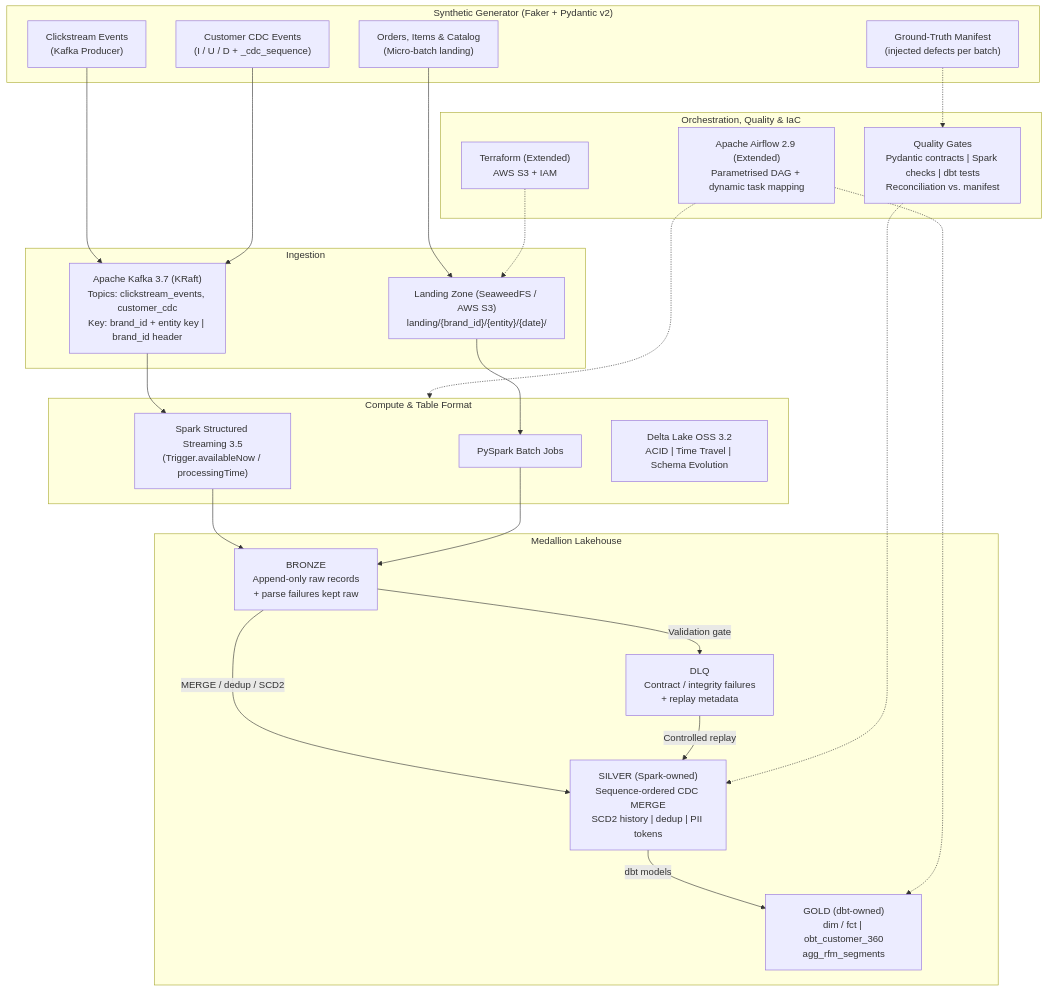
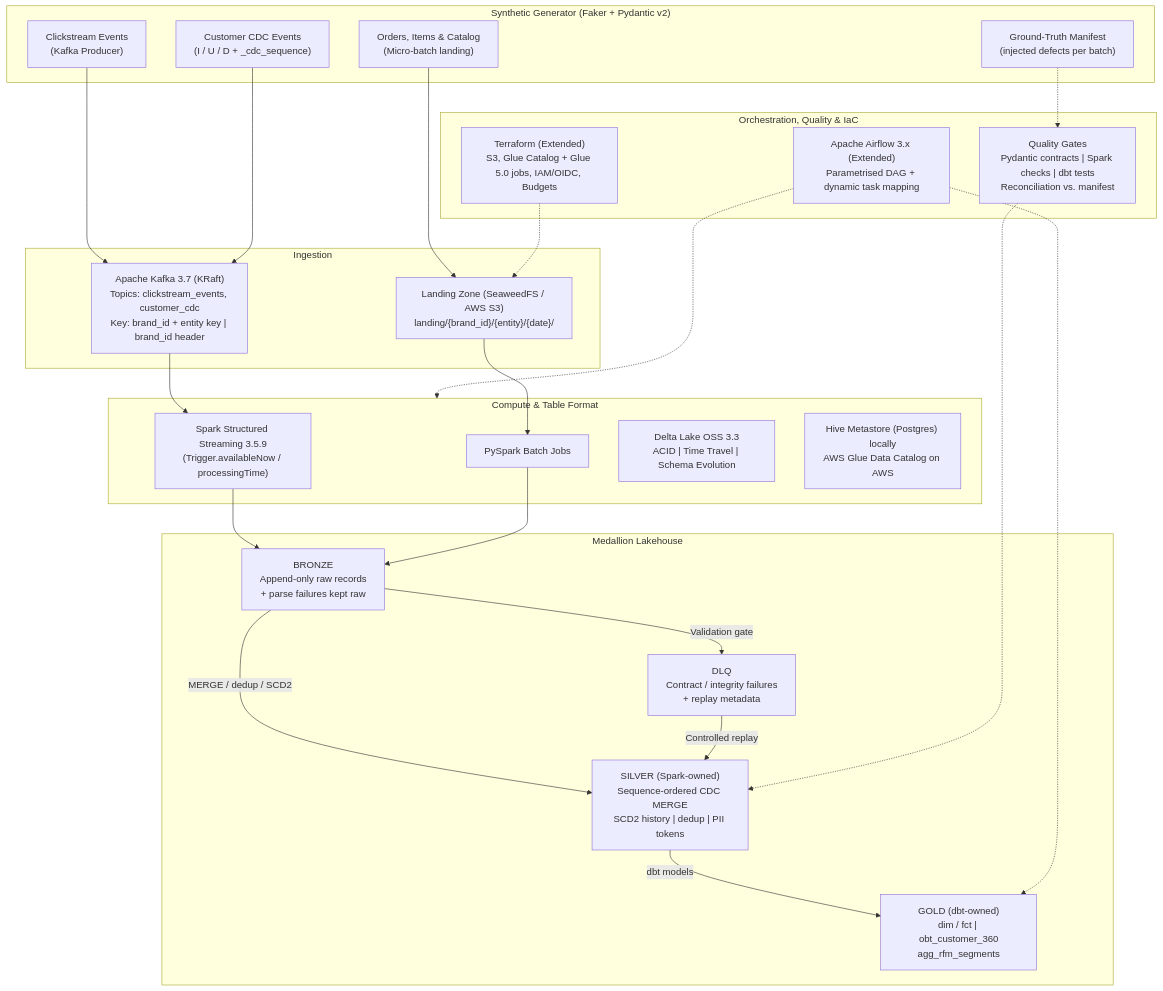
Before and after one commit to dogruom/thelook-lakehouse-platform: the diagram in docs/PROJECT_CHARTER.md, drawn with Mermaid. The commit also changed other lines of this file and 30 other files, not shown here.

````diff
--- a/docs/PROJECT_CHARTER.md
+++ b/docs/PROJECT_CHARTER.md
@@ -53,54 +53,55 @@
 ```mermaid
 graph TB
     subgraph DataGen["Synthetic Generator (Faker + Pydantic v2)"]
         GEN_STREAM["Clickstream Events<br/>(Kafka Producer)"]
         GEN_CDC["Customer CDC Events<br/>(I / U / D + _cdc_sequence)"]
         GEN_BATCH["Orders, Items & Catalog<br/>(Micro-batch landing)"]
         MANIFEST["Ground-Truth Manifest<br/>(injected defects per batch)"]
     end
 
     subgraph Ingestion["Ingestion"]
         KAFKA["Apache Kafka 3.7 (KRaft)<br/>Topics: clickstream_events, customer_cdc<br/>Key: brand_id + entity key | brand_id header"]
         S3_LAND["Landing Zone (SeaweedFS / AWS S3)<br/>landing/{brand_id}/{entity}/{date}/"]
     end
 
     subgraph ProcessingEngine["Compute & Table Format"]
-        SPARK_STREAM["Spark Structured Streaming 3.5<br/>(Trigger.availableNow / processingTime)"]
+        SPARK_STREAM["Spark Structured Streaming 3.5.9<br/>(Trigger.availableNow / processingTime)"]
         SPARK_BATCH["PySpark Batch Jobs"]
-        DELTA["Delta Lake OSS 3.2<br/>ACID | Time Travel | Schema Evolution"]
+        DELTA["Delta Lake OSS 3.3<br/>ACID | Time Travel | Schema Evolution"]
+        CATALOG["Hive Metastore (Postgres) locally<br/>AWS Glue Data Catalog on AWS"]
     end
 
     subgraph Medallion["Medallion Lakehouse"]
         BRONZE["BRONZE<br/>Append-only raw records<br/>+ parse failures kept raw"]
         DLQ["DLQ<br/>Contract / integrity failures<br/>+ replay metadata"]
         SILVER["SILVER (Spark-owned)<br/>Sequence-ordered CDC MERGE<br/>SCD2 history | dedup | PII tokens"]
         GOLD["GOLD (dbt-owned)<br/>dim / fct | obt_customer_360<br/>agg_rfm_segments"]
     end
 
     subgraph Governance["Orchestration, Quality & IaC"]
-        AIRFLOW["Apache Airflow 2.9 (Extended)<br/>Parametrised DAG + dynamic task mapping"]
+        AIRFLOW["Apache Airflow 3.x (Extended)<br/>Parametrised DAG + dynamic task mapping"]
         QUALITY["Quality Gates<br/>Pydantic contracts | Spark checks | dbt tests<br/>Reconciliation vs. manifest"]
-        TERRAFORM["Terraform (Extended)<br/>AWS S3 + IAM"]
+        TERRAFORM["Terraform (Extended)<br/>S3, Glue Catalog + Glue 5.0 jobs, IAM/OIDC, Budgets"]
     end
 
     GEN_STREAM --> KAFKA
     GEN_CDC --> KAFKA
     GEN_BATCH --> S3_LAND
 
     KAFKA --> SPARK_STREAM
     S3_LAND --> SPARK_BATCH
 
     SPARK_STREAM --> BRONZE
     SPARK_BATCH --> BRONZE
 
     BRONZE -->|"Validation gate"| DLQ
     BRONZE -->|"MERGE / dedup / SCD2"| SILVER
     DLQ -->|"Controlled replay"| SILVER
     SILVER -->|"dbt models"| GOLD
 
     AIRFLOW -.-> ProcessingEngine
     AIRFLOW -.-> GOLD
     QUALITY -.-> SILVER
     MANIFEST -.-> QUALITY
     TERRAFORM -.-> S3_LAND
 ```
````
